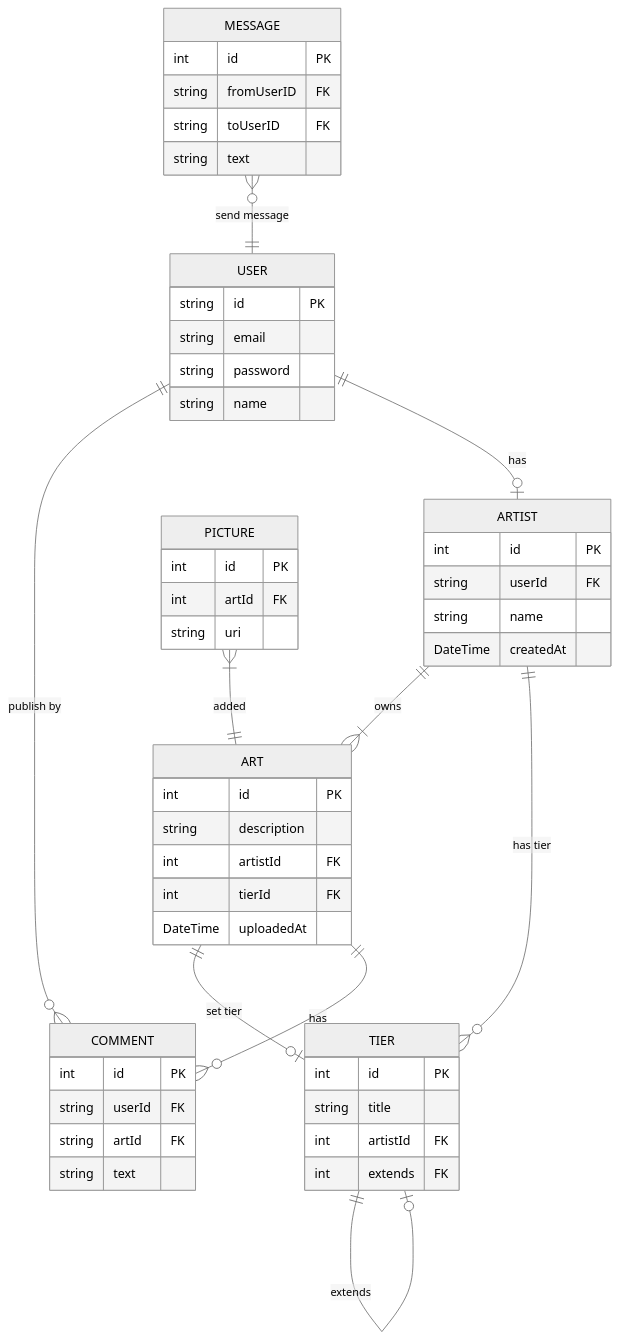
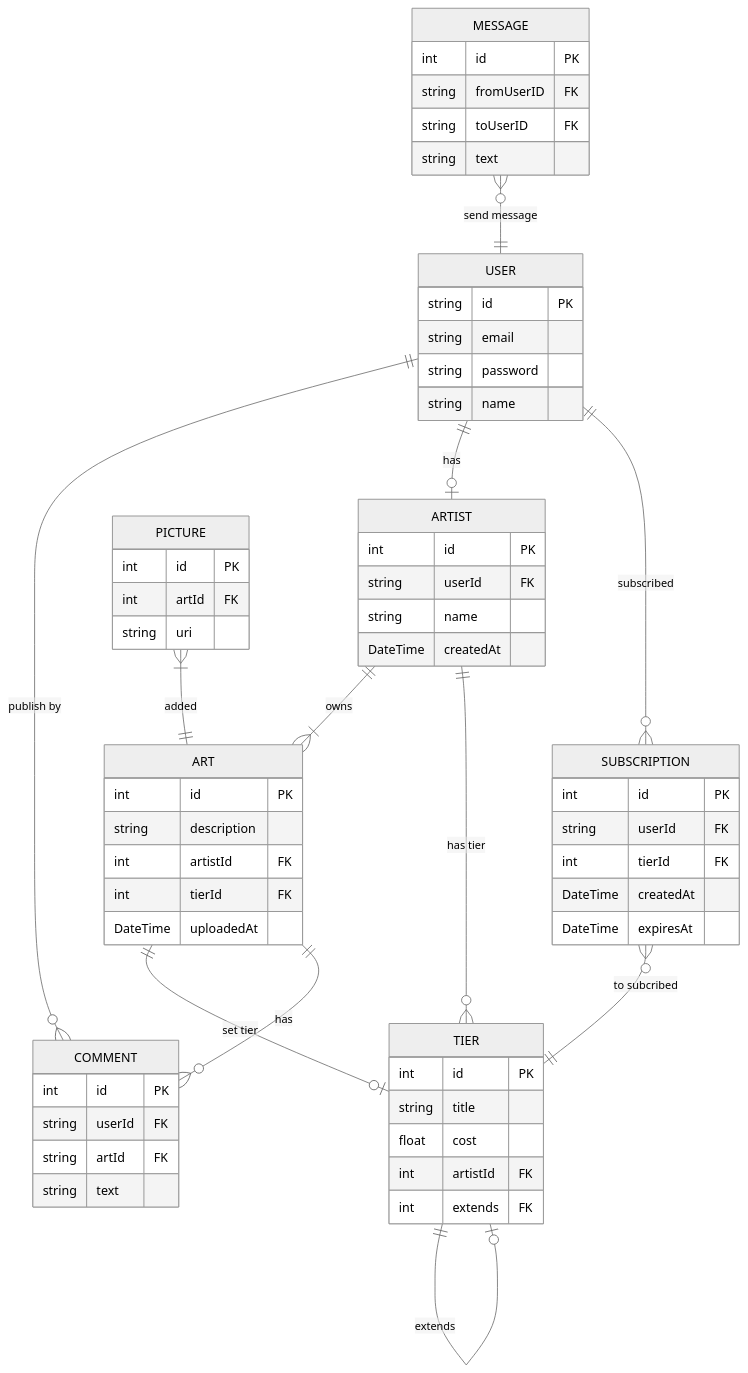
One commit to Laefye/neospiartion changed the diagram in README.md. Above: the diagram before and after it, drawn with Mermaid (neutral theme). The commit also changed 1 other file, not shown here.

Commit message:
Update OpenAPI and ER diagram

````diff
--- a/README.md
+++ b/README.md
@@ -49,54 +49,64 @@
 ```mermaid
 erDiagram
     USER {
         string id PK
         string email
         string password
         string name
     }
     ARTIST ||--|{ ART : "owns"
     ARTIST {
         int id PK
         string userId FK
         string name
         DateTime createdAt
     }
     TIER {
         int id PK
         string title
+        float cost
         int artistId FK
         int extends FK
     }
     MESSAGE {
         int id PK
         string fromUserID FK
         string toUserID FK
         string text
     }
     COMMENT {
         int id PK
         string userId FK
         string artId FK
         string text
     }
     ART {
         int id PK
         string description
         int artistId FK
         int tierId FK
         DateTime uploadedAt
     }
     PICTURE }|--|| ART : added
     PICTURE {
         int id PK
         int artId FK
         string uri
     }
+    SUBSCRIPTION {
+        int id PK
+        string userId FK
+        int tierId FK
+        DateTime createdAt
+        DateTime expiresAt
+    }
     ART ||--o| TIER : "set tier"
     ARTIST ||--o{ TIER : "has tier"
     MESSAGE }o--|| USER : "send message"
     USER ||--o{ COMMENT : "publish by"
     ART ||--o{ COMMENT : "has"
     USER ||--o| ARTIST : "has"
     TIER ||--o| TIER : "extends"
+    USER ||--o{ SUBSCRIPTION : "subscribed"
+    SUBSCRIPTION }o--|| TIER : "to subcribed"
 ```
````
